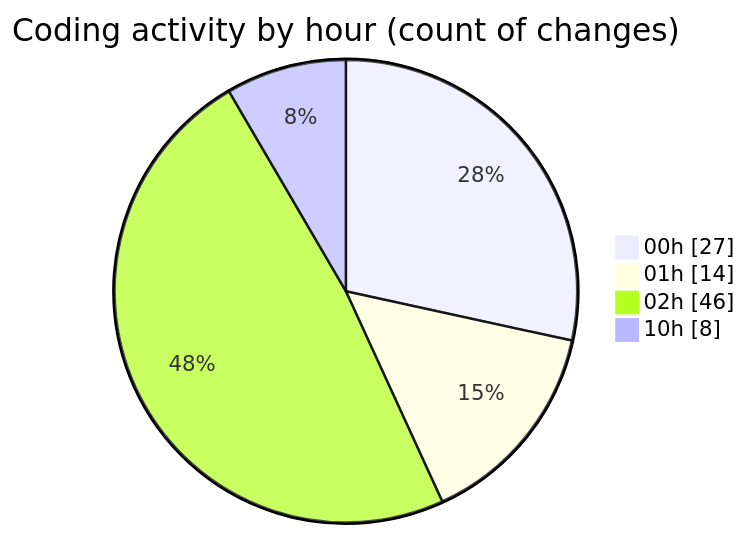
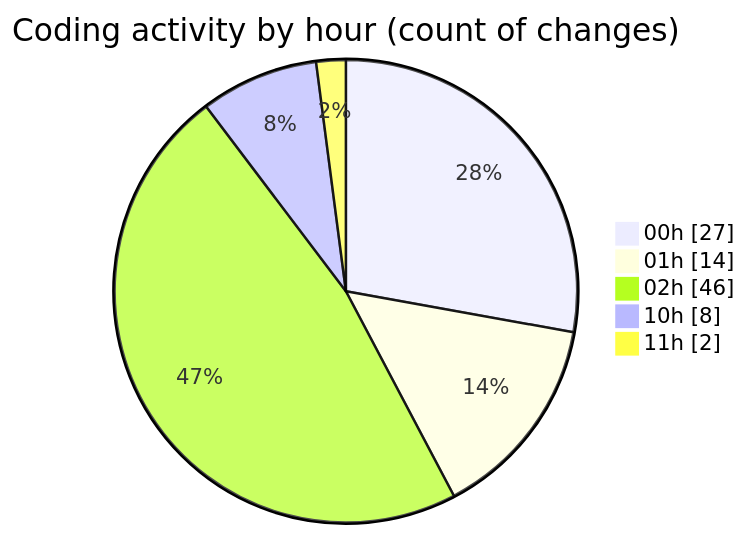
Before and after one commit to lephambinh05/code-tracking: the second of 2 diagrams in 2025-07-17/nhahang/README.md, drawn with Mermaid. The commit also changed other lines of this file and 1 other file, not shown here.

````diff
--- a/2025-07-17/nhahang/README.md
+++ b/2025-07-17/nhahang/README.md
@@ -58,8 +58,9 @@
 ```mermaid
 pie showData
 title Coding activity by hour (count of changes)
 "00h" : 27
 "01h" : 14
 "02h" : 46
 "10h" : 8
+"11h" : 2
 ```
````
